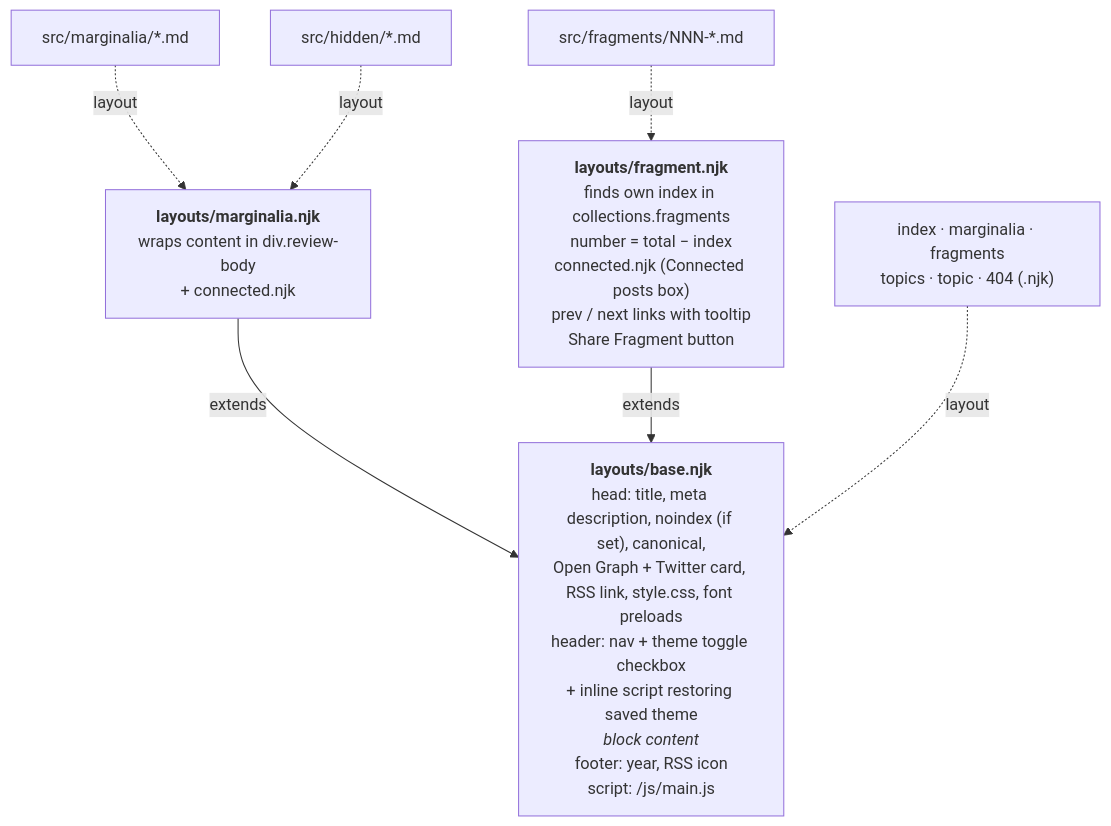
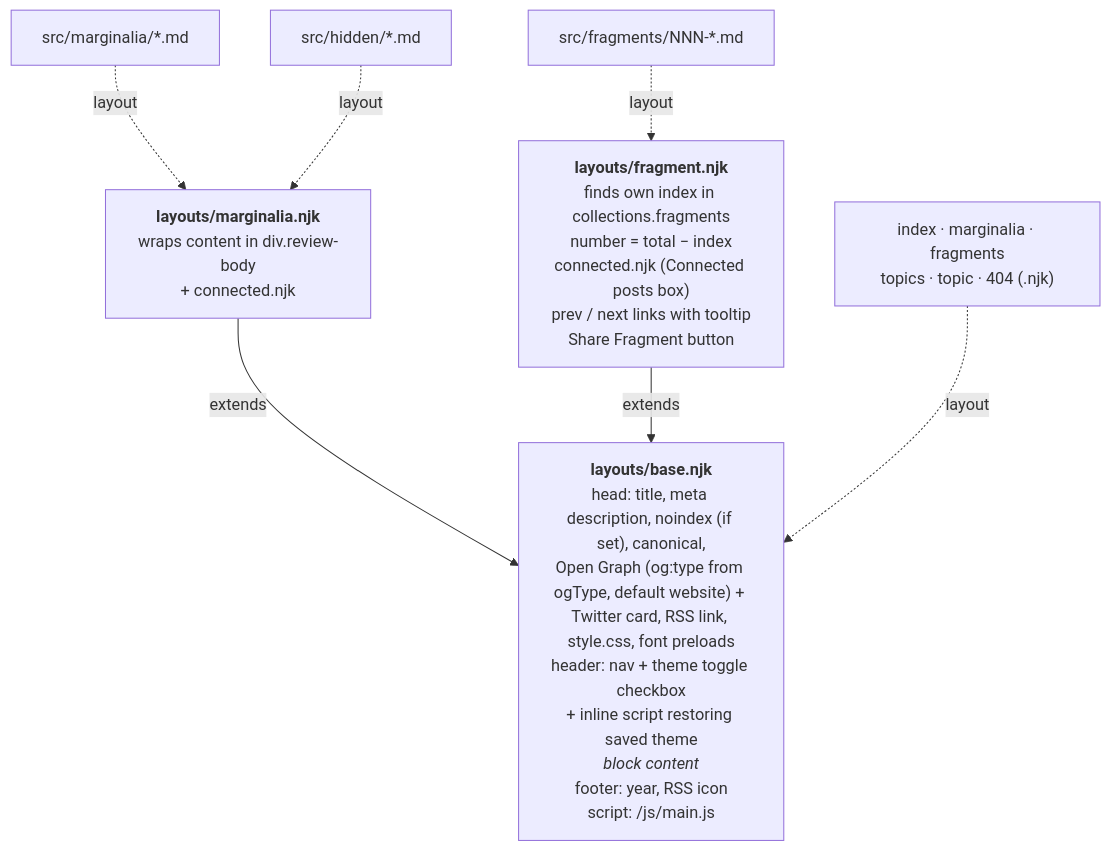
One commit to raoul-g/raoulyy-blog changed the fifth of 9 diagrams in ARCHITECTURE.md. Above: the diagram before and after it, drawn with Mermaid. The commit also changed other lines of this file and 5 other files, not shown here.

First line of the commit message:
fix og:type for posts and the nested <main> on the 404 page

````diff
--- a/ARCHITECTURE.md
+++ b/ARCHITECTURE.md
@@ -157,14 +157,14 @@
 ```mermaid
 flowchart TB
-    BASE["<b>layouts/base.njk</b><br/>head: title, meta description, noindex (if set), canonical,<br/>Open Graph + Twitter card, RSS link, style.css, font preloads<br/>header: nav + theme toggle checkbox<br/>+ inline script restoring saved theme<br/><i>block content</i><br/>footer: year, RSS icon<br/>script: /js/main.js"]
+    BASE["<b>layouts/base.njk</b><br/>head: title, meta description, noindex (if set), canonical,<br/>Open Graph (og:type from ogType, default website) + Twitter card, RSS link, style.css, font preloads<br/>header: nav + theme toggle checkbox<br/>+ inline script restoring saved theme<br/><i>block content</i><br/>footer: year, RSS icon<br/>script: /js/main.js"]
     MARG["<b>layouts/marginalia.njk</b><br/>wraps content in div.review-body<br/>+ connected.njk"]
     FRAG["<b>layouts/fragment.njk</b><br/>finds own index in collections.fragments<br/>number = total − index<br/>connected.njk (Connected posts box)<br/>prev / next links with tooltip<br/>Share Fragment button"]
 
     MARG -- extends --> BASE
     FRAG -- extends --> BASE
 
     MP["src/marginalia/*.md"] -. layout .-> MARG
     HP["src/hidden/*.md"] -. layout .-> MARG
     FP["src/fragments/NNN-*.md"] -. layout .-> FRAG
     PAGES["index · marginalia · fragments<br/>topics · topic · 404 (.njk)"] -. layout .-> BASE
 ```
````
